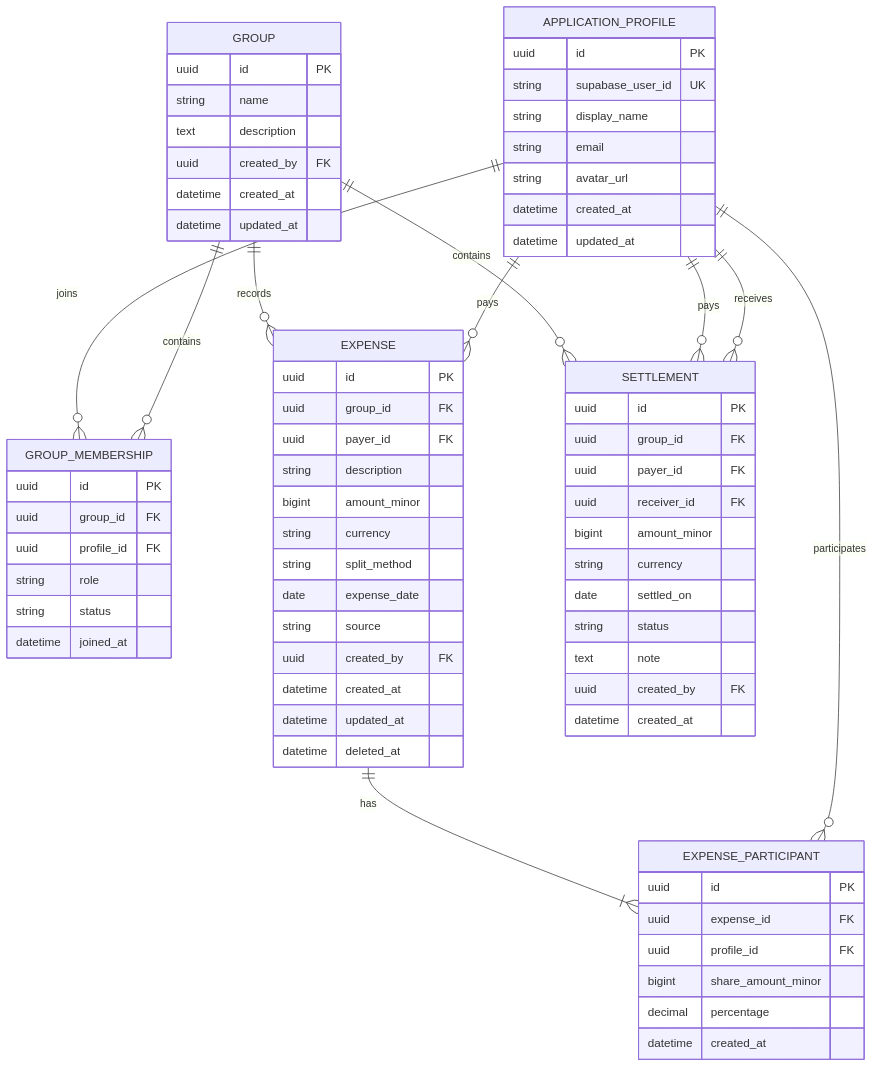
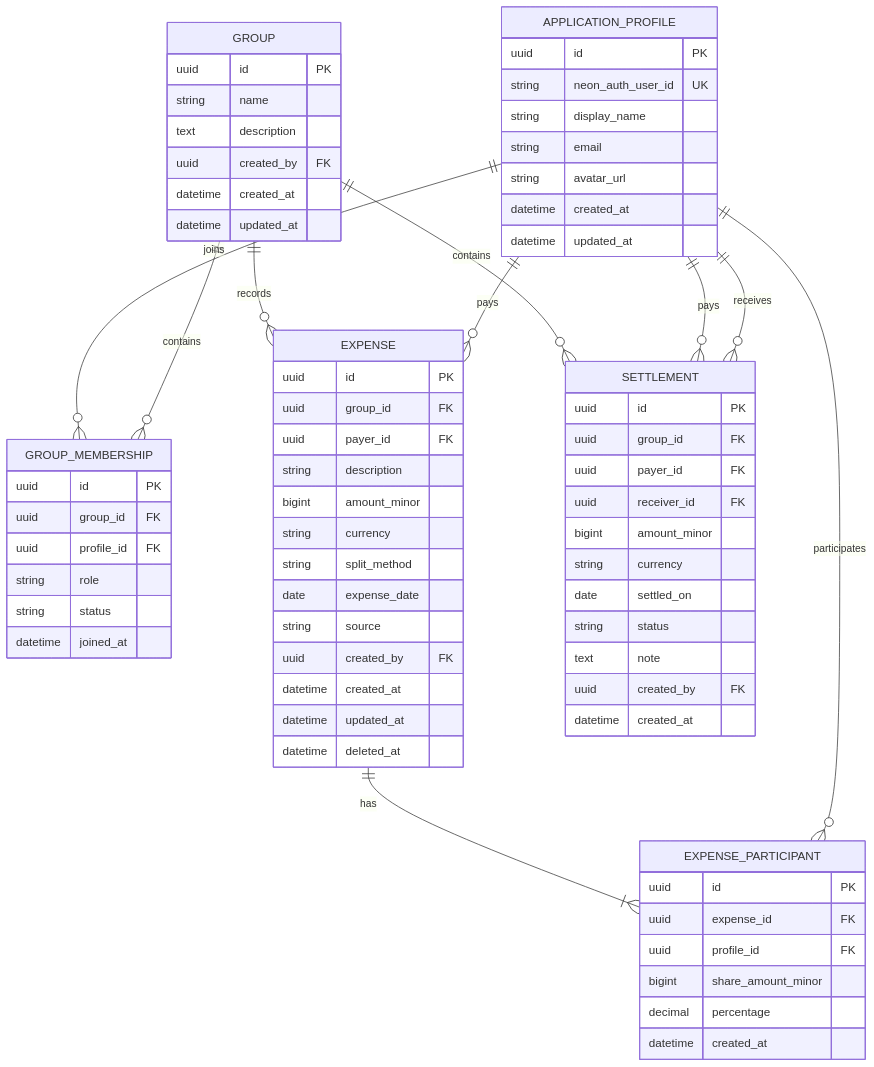
The diagram in .context/DATABASE_MODELS.md (ashish39403/Splitwise-AI), drawn with Mermaid before and after one commit. The commit also changed other lines of this file and 23 other files, not shown here.

````diff
--- a/.context/DATABASE_MODELS.md
+++ b/.context/DATABASE_MODELS.md
@@ -22,79 +22,79 @@
 ```mermaid
 erDiagram
     APPLICATION_PROFILE ||--o{ GROUP_MEMBERSHIP : joins
     GROUP ||--o{ GROUP_MEMBERSHIP : contains
     GROUP ||--o{ EXPENSE : records
     APPLICATION_PROFILE ||--o{ EXPENSE : pays
     EXPENSE ||--|{ EXPENSE_PARTICIPANT : has
     APPLICATION_PROFILE ||--o{ EXPENSE_PARTICIPANT : participates
     GROUP ||--o{ SETTLEMENT : contains
     APPLICATION_PROFILE ||--o{ SETTLEMENT : pays
     APPLICATION_PROFILE ||--o{ SETTLEMENT : receives
 
     APPLICATION_PROFILE {
         uuid id PK
-        string supabase_user_id UK
+        string neon_auth_user_id UK
         string display_name
         string email
         string avatar_url
         datetime created_at
         datetime updated_at
     }
 
     GROUP {
         uuid id PK
         string name
         text description
         uuid created_by FK
         datetime created_at
         datetime updated_at
     }
 
     GROUP_MEMBERSHIP {
         uuid id PK
         uuid group_id FK
         uuid profile_id FK
         string role
         string status
         datetime joined_at
     }
 
     EXPENSE {
         uuid id PK
         uuid group_id FK
         uuid payer_id FK
         string description
         bigint amount_minor
         string currency
         string split_method
         date expense_date
         string source
         uuid created_by FK
         datetime created_at
         datetime updated_at
         datetime deleted_at
     }
 
     EXPENSE_PARTICIPANT {
         uuid id PK
         uuid expense_id FK
         uuid profile_id FK
         bigint share_amount_minor
         decimal percentage
         datetime created_at
     }
 
     SETTLEMENT {
         uuid id PK
         uuid group_id FK
         uuid payer_id FK
         uuid receiver_id FK
         bigint amount_minor
         string currency
         date settled_on
         string status
         text note
         uuid created_by FK
         datetime created_at
     }
 ```
````
